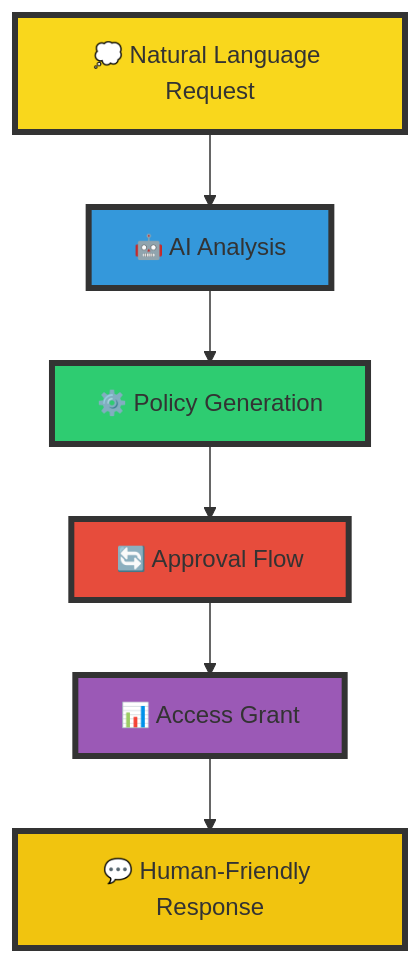
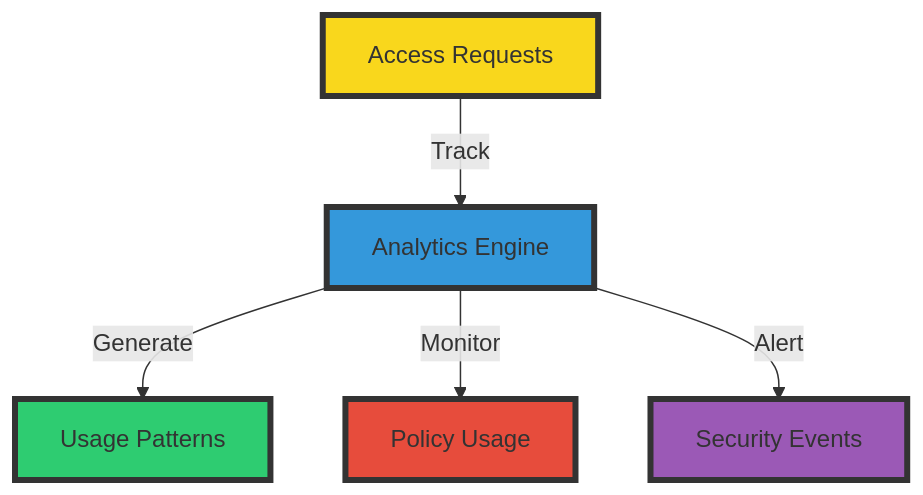
The fifth of 5 diagrams in jit-permissions-guardians/terraform/README.md (kubiyabot/terraform-modules), drawn with Mermaid before and after one commit. The commit also changed other lines of this file and 3 other files, not shown here.

````diff
--- a/jit-permissions-guardians/terraform/README.md
+++ b/jit-permissions-guardians/terraform/README.md
@@ -105,15 +153,13 @@
 ```mermaid
 graph TD
-    A[💭 Natural Language Request] --> B[🤖 AI Analysis]
-    B --> C[⚙️ Policy Generation]
-    C --> D[🔄 Approval Flow]
-    D --> E[📊 Access Grant]
-    E --> F[💬 Human-Friendly Response]
+    A[Access Requests] -->|Track| B[Analytics Engine]
+    B -->|Generate| C[Usage Patterns]
+    B -->|Monitor| D[Policy Usage]
+    B -->|Alert| E[Security Events]
     
     style A fill:#f9d71c,stroke:#333,stroke-width:4px
     style B fill:#3498db,stroke:#333,stroke-width:4px
     style C fill:#2ecc71,stroke:#333,stroke-width:4px
     style D fill:#e74c3c,stroke:#333,stroke-width:4px
     style E fill:#9b59b6,stroke:#333,stroke-width:4px
-    style F fill:#f1c40f,stroke:#333,stroke-width:4px
 ```
````
